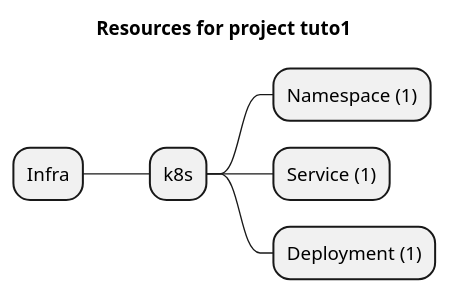
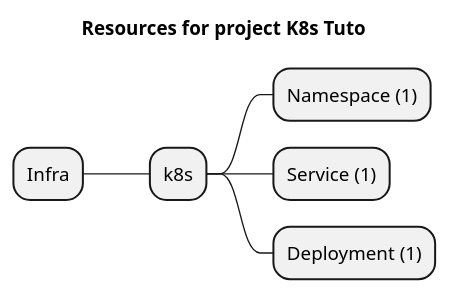
One commit to grucloud/grucloud changed the diagram in examples/k8s/tuto1/artifacts/resources-mindmap.puml. Above: the diagram before and after it, drawn with PlantUML. The commit also changed 93 other files, not shown here.

```diff
--- a/examples/k8s/tuto1/artifacts/resources-mindmap.puml
+++ b/examples/k8s/tuto1/artifacts/resources-mindmap.puml
@@ -1,9 +1,9 @@
 @startmindmap
-title Resources for project tuto1
+title Resources for project K8s Tuto
 skinparam monochrome true
 + Infra
 ++ k8s
 +++ Namespace (1)
 +++ Service (1)
 +++ Deployment (1)
 @endmindmap
```
